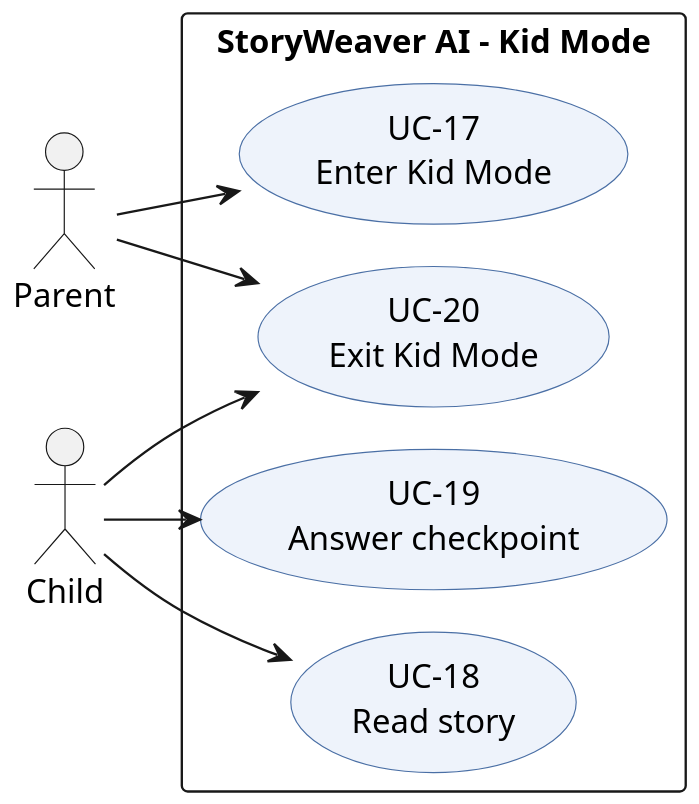
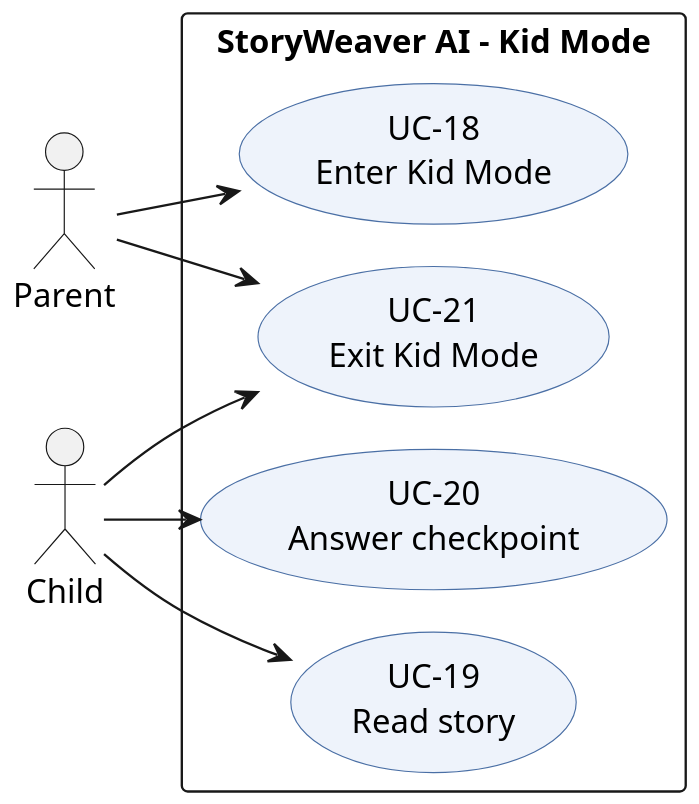
The diagram in docs/diagrams/srs/usecase-4-kid.puml (SEP490-GFA26SE186/BE), drawn with PlantUML before and after one commit. The commit also changed 23 other files, not shown here.

Commit message:
Update diagrams and add new sequences for admin and analysis features; enhance class structures and use cases for better clarity and functionality.

```diff
--- a/docs/diagrams/srs/usecase-4-kid.puml
+++ b/docs/diagrams/srs/usecase-4-kid.puml
@@ -1,22 +1,22 @@
 @startuml
 !pragma layout smetana
 left to right direction
 skinparam dpi 180
 skinparam shadowing false
 skinparam defaultFontName Arial
 skinparam usecaseBackgroundColor #EEF3FB
 skinparam usecaseBorderColor #4A6FA5
 actor "Parent" as Parent
 actor "Child" as Child
 rectangle "StoryWeaver AI – Kid Mode" {
-  usecase "UC-17\nEnter Kid Mode" as UC17
-  usecase "UC-18\nRead story" as UC18
-  usecase "UC-19\nAnswer checkpoint" as UC19
-  usecase "UC-20\nExit Kid Mode" as UC20
+  usecase "UC-18\nEnter Kid Mode" as UC18
+  usecase "UC-19\nRead story" as UC19
+  usecase "UC-20\nAnswer checkpoint" as UC20
+  usecase "UC-21\nExit Kid Mode" as UC21
 }
-Parent --> UC17
-Child --> UC18
+Parent --> UC18
 Child --> UC19
 Child --> UC20
-Parent --> UC20
+Child --> UC21
+Parent --> UC21
 @enduml
```
